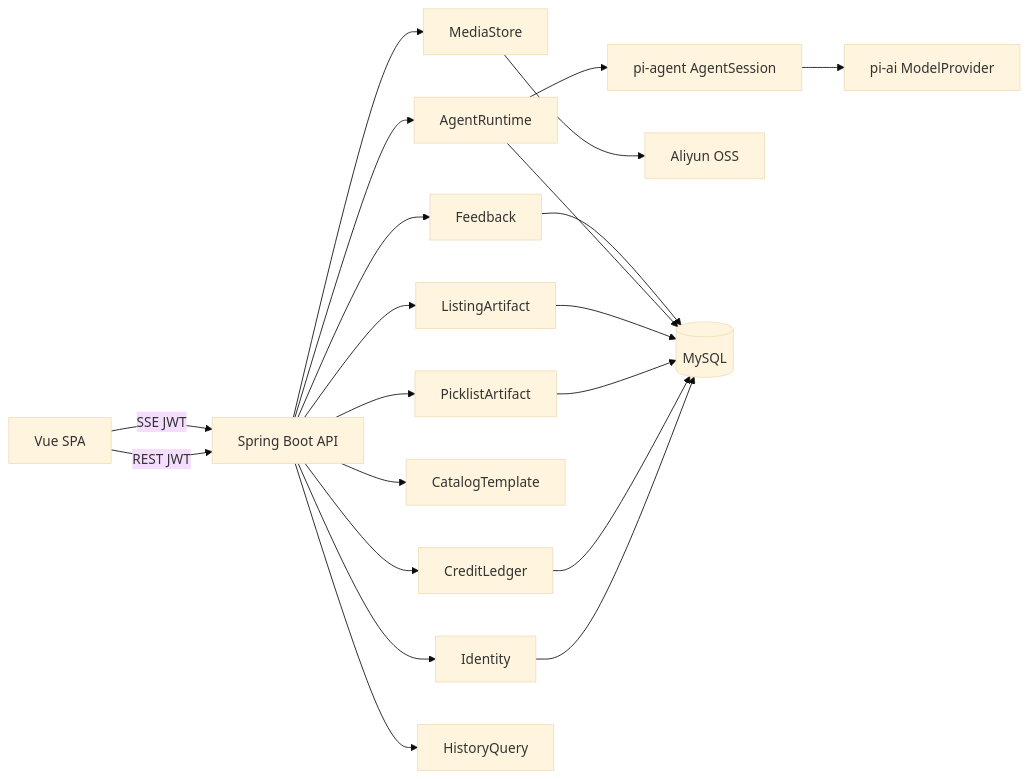
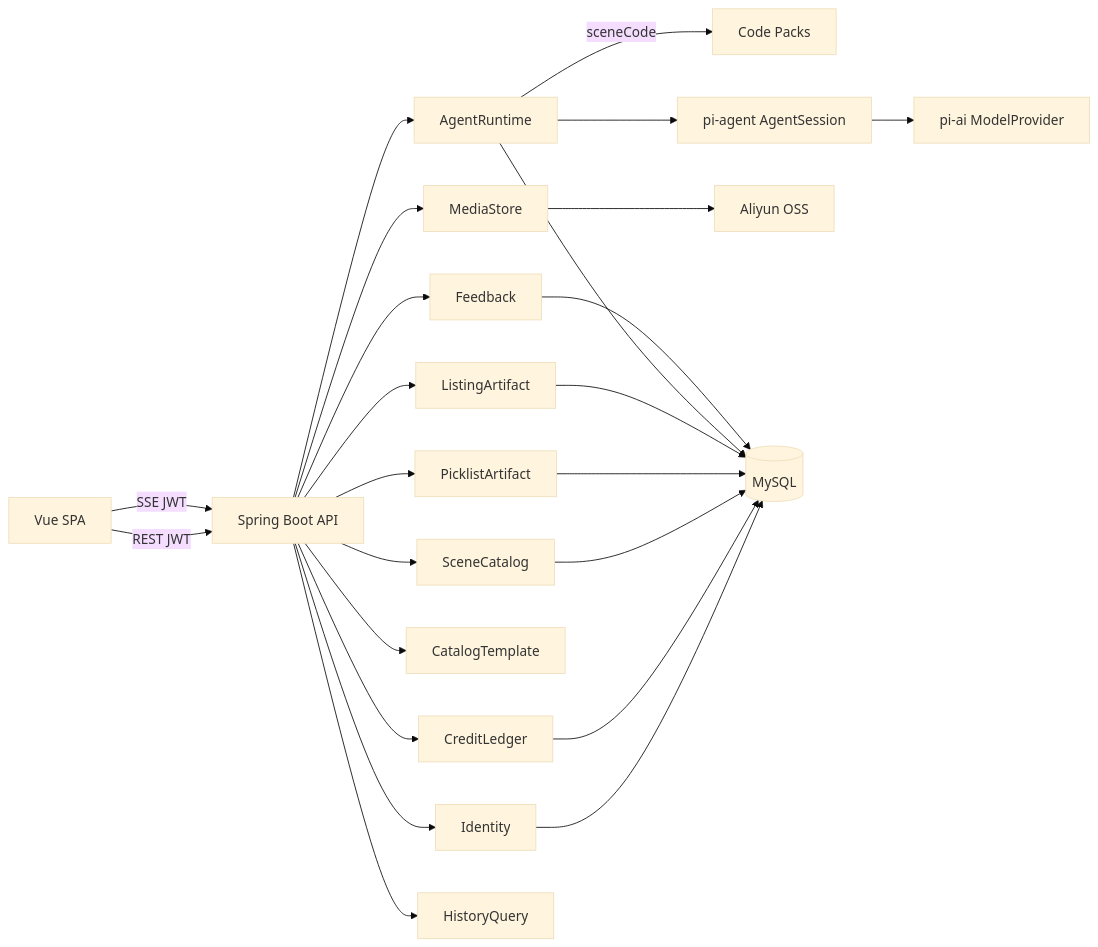
Before and after one commit to xiaoyanwjw/forma: the first of 3 diagrams in sdd/planning-artifacts/architecture/architecture-lippi-ai-ebusiness-2026-09-24/ARCHITECTURE-SPINE.md, drawn with Mermaid (base theme). The commit also changed other lines of this file and 18 other files, not shown here.

````diff
--- a/sdd/planning-artifacts/architecture/architecture-lippi-ai-ebusiness-2026-09-24/ARCHITECTURE-SPINE.md
+++ b/sdd/planning-artifacts/architecture/architecture-lippi-ai-ebusiness-2026-09-24/ARCHITECTURE-SPINE.md
@@ -29,23 +32,26 @@
 ```mermaid
 flowchart LR
   SPA[Vue SPA] -->|REST JWT| API[Spring Boot API]
   SPA -->|SSE JWT| API
   API --> ID[Identity]
   API --> CL[CreditLedger]
+  API --> SC[SceneCatalog]
   API --> AR[AgentRuntime]
   API --> PL[PicklistArtifact]
   API --> LI[ListingArtifact]
   API --> CT[CatalogTemplate]
   API --> MS[MediaStore]
   API --> FB[Feedback]
   API --> HQ[HistoryQuery]
+  AR -->|sceneCode| PACK[Code Packs]
   AR --> PiA[pi-agent AgentSession]
   PiA --> PiAI[pi-ai ModelProvider]
   MS --> OSS[Aliyun OSS]
   ID --> DB[(MySQL)]
   CL --> DB
+  SC --> DB
   PL --> DB
   LI --> DB
   AR --> DB
   FB --> DB
 ```
````
